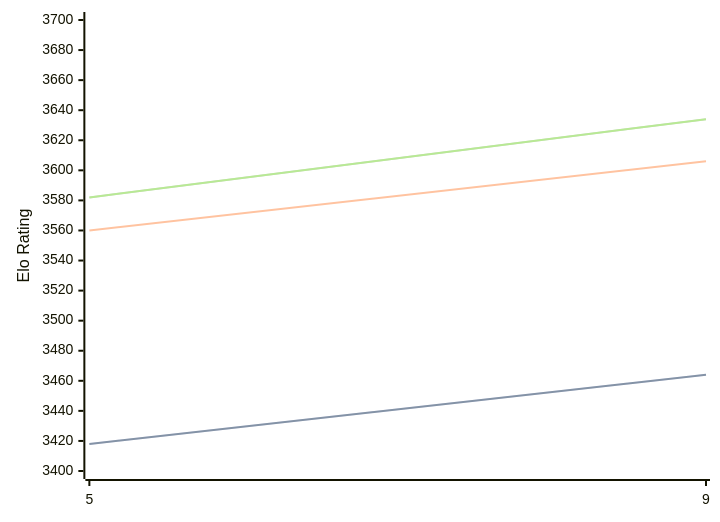
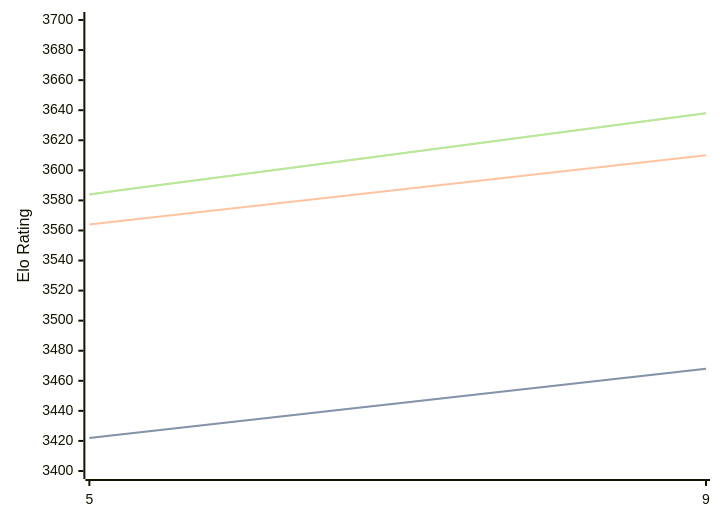
The diagram in engines/Crystal.md (computer-chess-index/cci), drawn with Mermaid before and after one commit. The commit also changed other lines of this file, not shown here.

Commit message:
Update CCI Ratings (ELO VLTC) - 2026-05-02

````diff
--- a/engines/Crystal.md
+++ b/engines/Crystal.md
@@ -60,11 +60,11 @@
 ```mermaid
 %%{init: {"theme":"base","themeVariables":{"seriesColors:['#a3a3a3','#222221','#faa371']}}}%%
 xychart-beta
   x-axis ["5", "9"]
   y-axis "Elo Rating" 3400 --> 3700
-  line "STC (8.0+0.08s)" [3418, 3464]
-  line "STC (8.0+0.08s)" [3418, 3464]
-  line "LTC (60.0+0.60s)" [3560, 3606]
-  line "VLTC (2m24s+1.12s)" [3582, 3634]
-  line "VLTC (2m24s+1.12s)" [3582, 3634]
+  line "STC (8.0+0.08s)" [3422, 3468]
+  line "STC (8.0+0.08s)" [3422, 3468]
+  line "LTC (60.0+0.60s)" [3564, 3610]
+  line "VLTC (2m24s+1.12s)" [3584, 3638]
+  line "VLTC (2m24s+1.12s)" [3584, 3638]
 ```
````
